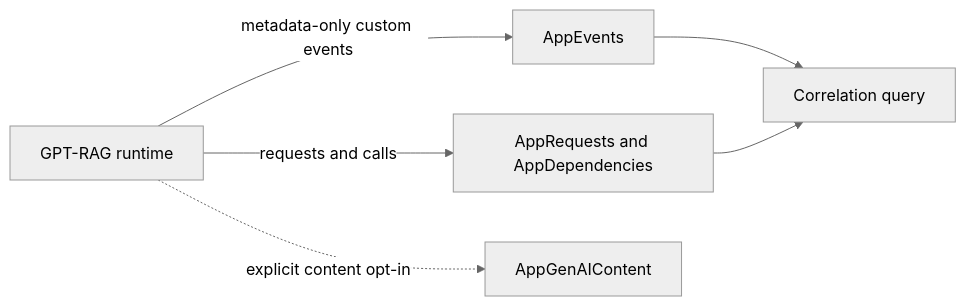
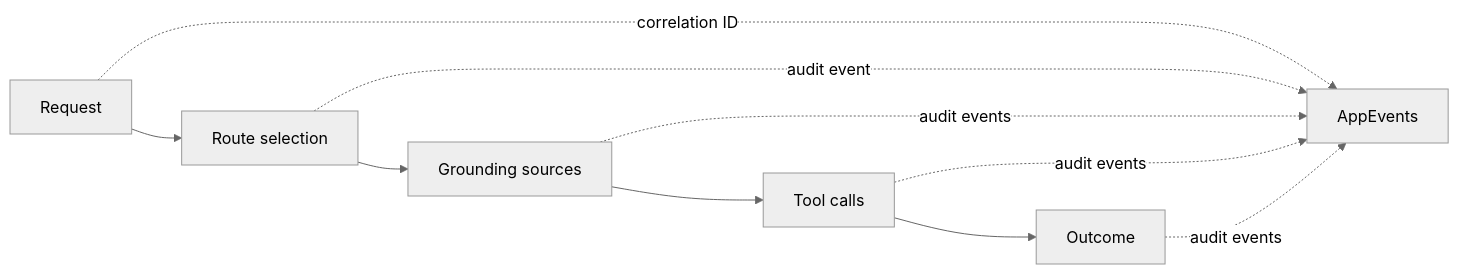
Before and after one commit to Azure/GPT-RAG: the diagram in docs/governance_audit_contract_v1.md, drawn with Mermaid (neutral theme). The commit also changed other lines of this file and 4 other files, not shown here.

````diff
--- a/docs/governance_audit_contract_v1.md
+++ b/docs/governance_audit_contract_v1.md
@@ -28,8 +27,12 @@
 ```mermaid
 flowchart LR
-  Runtime[GPT-RAG runtime] -->|metadata-only custom events| Events[AppEvents]
-  Runtime -->|requests and calls| Traces[AppRequests and AppDependencies]
-  Runtime -. explicit content opt-in .-> Content[AppGenAIContent]
-  Events --> Query[Correlation query]
-  Traces --> Query
+  Request[Request] --> Route[Route selection]
+  Route --> Sources[Grounding sources]
+  Sources --> Tools[Tool calls]
+  Tools --> Outcome[Outcome]
+  Request -. correlation ID .-> Events[AppEvents]
+  Route -. audit event .-> Events
+  Sources -. audit events .-> Events
+  Tools -. audit events .-> Events
+  Outcome -. audit events .-> Events
 ```
````
